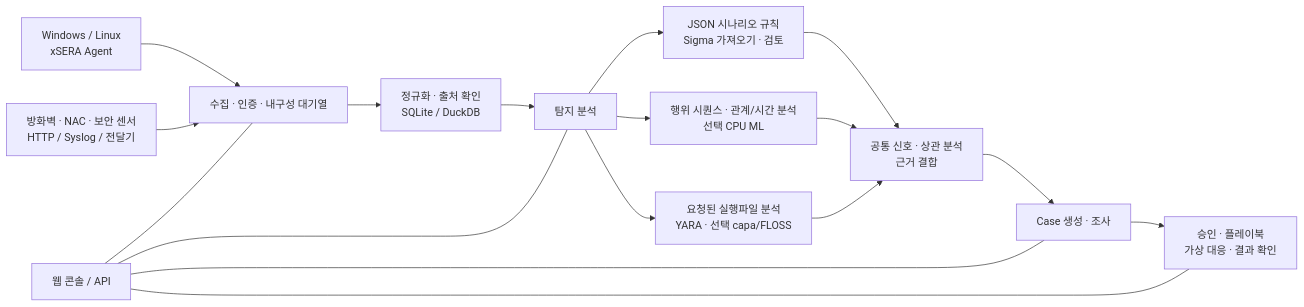
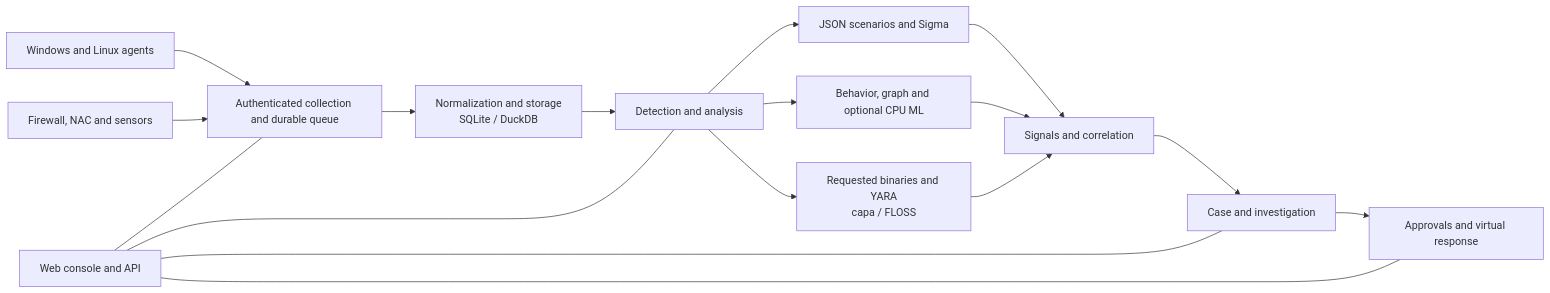
The diagram in README.md (lastime1650/VateX_LUMINA_xSERA), drawn with Mermaid before and after one commit. The commit also changed other lines of this file and 21 other files, not shown here.

````diff
--- a/README.md
+++ b/README.md
@@ -16,19 +30,19 @@
 ```mermaid
 flowchart LR
-    A["Windows / Linux<br/>xSERA Agent"] --> C
-    B["방화벽 · NAC · 보안 센서<br/>HTTP / Syslog / 전달기"] --> C
-    C["수집 · 인증 · 내구성 대기열"] --> D["정규화 · 출처 확인<br/>SQLite / DuckDB"]
-    D --> E["탐지 분석"]
-    E --> E1["JSON 시나리오 규칙<br/>Sigma 가져오기 · 검토"]
-    E --> E2["행위 시퀀스 · 관계/시간 분석<br/>선택 CPU ML"]
-    E --> E3["요청된 실행파일 분석<br/>YARA · 선택 capa/FLOSS"]
-    E1 --> F["공통 신호 · 상관 분석<br/>근거 결합"]
+    A["Windows and Linux agents"] --> C
+    B["Firewall, NAC and sensors"] --> C
+    C["Authenticated collection and durable queue"] --> D["Normalization and storage<br/>SQLite / DuckDB"]
+    D --> E["Detection and analysis"]
+    E --> E1["JSON scenarios and Sigma"]
+    E --> E2["Behavior, graph and optional CPU ML"]
+    E --> E3["Requested binaries and YARA<br/>capa / FLOSS"]
+    E1 --> F["Signals and correlation"]
     E2 --> F
     E3 --> F
-    F --> G["Case 생성 · 조사"]
-    G --> H["승인 · 플레이북<br/>가상 대응 · 결과 확인"]
-    UI["웹 콘솔 / API"] --- C
+    F --> G["Case and investigation"]
+    G --> H["Approvals and virtual response"]
+    UI["Web console and API"] --- C
     UI --- E
     UI --- G
     UI --- H
 ```
````
